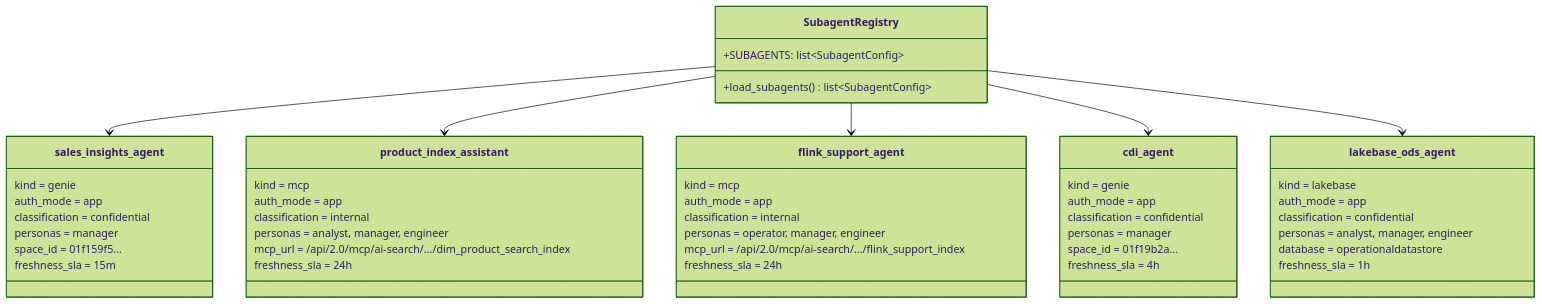
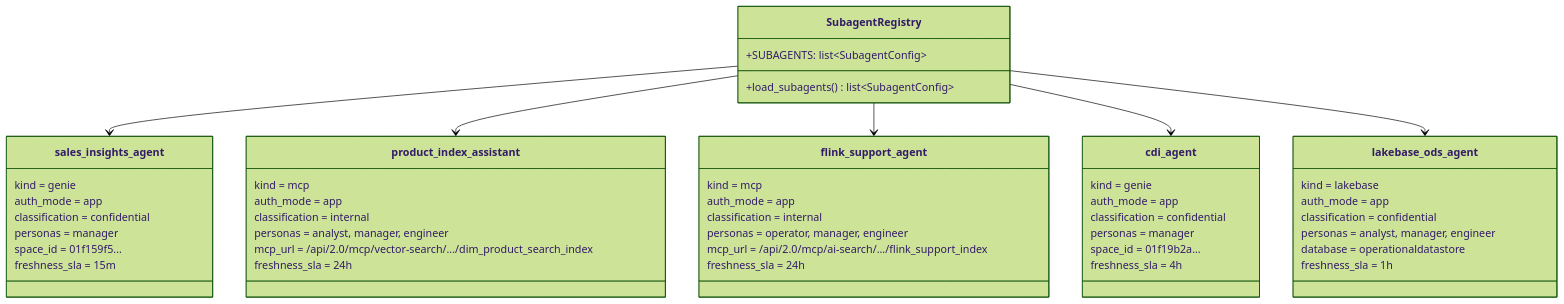
The fifth of 5 diagrams in docs/architecture/design-artifacts/08-backend-class-diagram-as-is.md (wchen-dea/Governed-Multi-Agent-Intelligence-on-Databricks), drawn with Mermaid (forest theme) before and after one commit. The commit also changed 14 other files, not shown here.

````diff
--- a/docs/architecture/design-artifacts/08-backend-class-diagram-as-is.md
+++ b/docs/architecture/design-artifacts/08-backend-class-diagram-as-is.md
@@ -325,60 +325,60 @@
 ```mermaid
 classDiagram
 direction TB
 
 class SubagentRegistry {
     +SUBAGENTS: list~SubagentConfig~
     +load_subagents() list~SubagentConfig~
 }
 
 class sales_insights_agent {
     kind = genie
     auth_mode = app
     classification = confidential
     personas = manager
     space_id = 01f159f5...
     freshness_sla = 15m
 }
 
 class product_index_assistant {
     kind = mcp
     auth_mode = app
     classification = internal
     personas = analyst, manager, engineer
-    mcp_url = /api/2.0/mcp/ai-search/.../dim_product_search_index
+    mcp_url = /api/2.0/mcp/vector-search/.../dim_product_search_index
     freshness_sla = 24h
 }
 
 class flink_support_agent {
     kind = mcp
     auth_mode = app
     classification = internal
     personas = operator, manager, engineer
     mcp_url = /api/2.0/mcp/ai-search/.../flink_support_index
     freshness_sla = 24h
 }
 
 class cdi_agent {
     kind = genie
     auth_mode = app
     classification = confidential
     personas = manager
     space_id = 01f19b2a...
     freshness_sla = 4h
 }
 
 class lakebase_ods_agent {
     kind = lakebase
     auth_mode = app
     classification = confidential
     personas = analyst, manager, engineer
     database = operationaldatastore
     freshness_sla = 1h
 }
 
 SubagentRegistry --> sales_insights_agent
 SubagentRegistry --> product_index_assistant
 SubagentRegistry --> flink_support_agent
 SubagentRegistry --> cdi_agent
 SubagentRegistry --> lakebase_ods_agent
 ```
````
